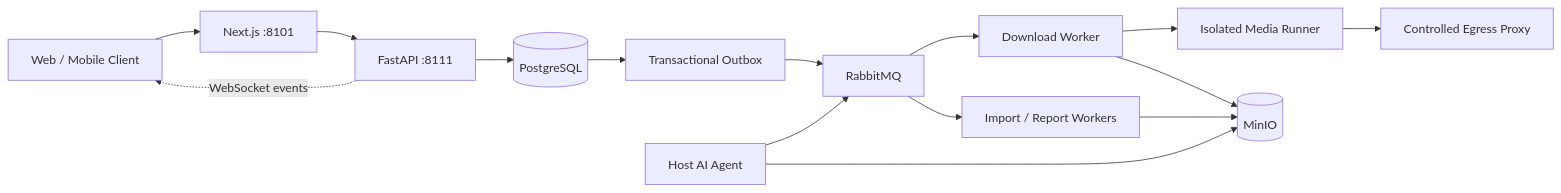
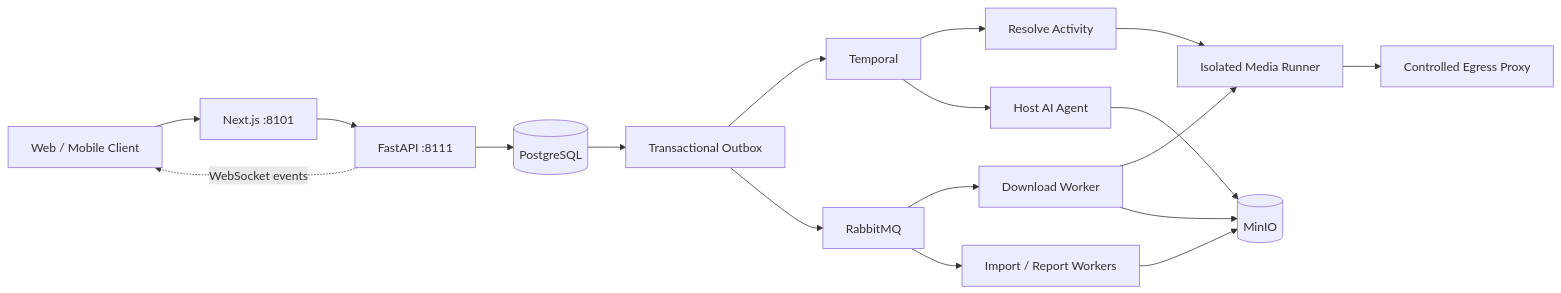
The diagram in README.en.md (StephenQiu30/framefetch), drawn with Mermaid before and after one commit. The commit also changed other lines of this file and 17 other files, not shown here.

````diff
--- a/README.en.md
+++ b/README.en.md
@@ -216,17 +194,20 @@
 ```mermaid
 flowchart LR
   Client[Web / Mobile Client] --> Frontend[Next.js :8101]
   Frontend --> API[FastAPI :8111]
   API --> DB[(PostgreSQL)]
   DB --> Outbox[Transactional Outbox]
+  Outbox --> Temporal[Temporal]
+  Temporal --> Resolve[Resolve Activity]
+  Resolve --> Runner
   Outbox --> MQ[RabbitMQ]
   MQ --> Download[Download Worker]
   MQ --> Documents[Import / Report Workers]
   Download --> Runner[Isolated Media Runner]
   Runner --> Proxy[Controlled Egress Proxy]
   Download --> Storage[(MinIO)]
   Documents --> Storage
-  HostAI[Host AI Agent] --> MQ
+  Temporal --> HostAI[Host AI Agent]
   HostAI --> Storage
   API -. WebSocket events .-> Client
 ```
````
